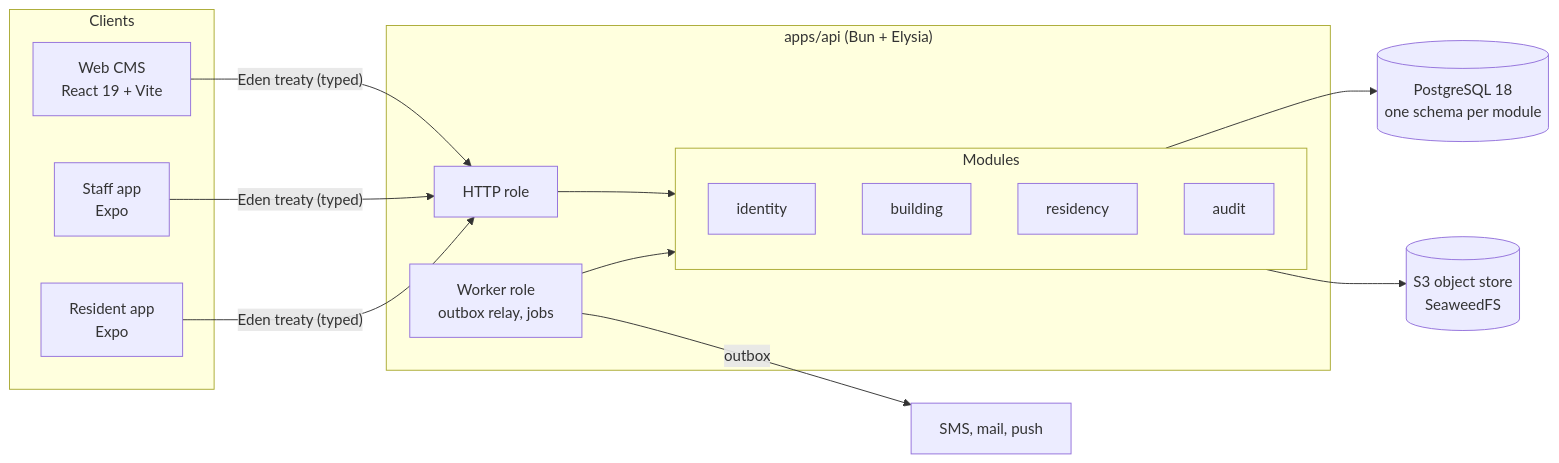
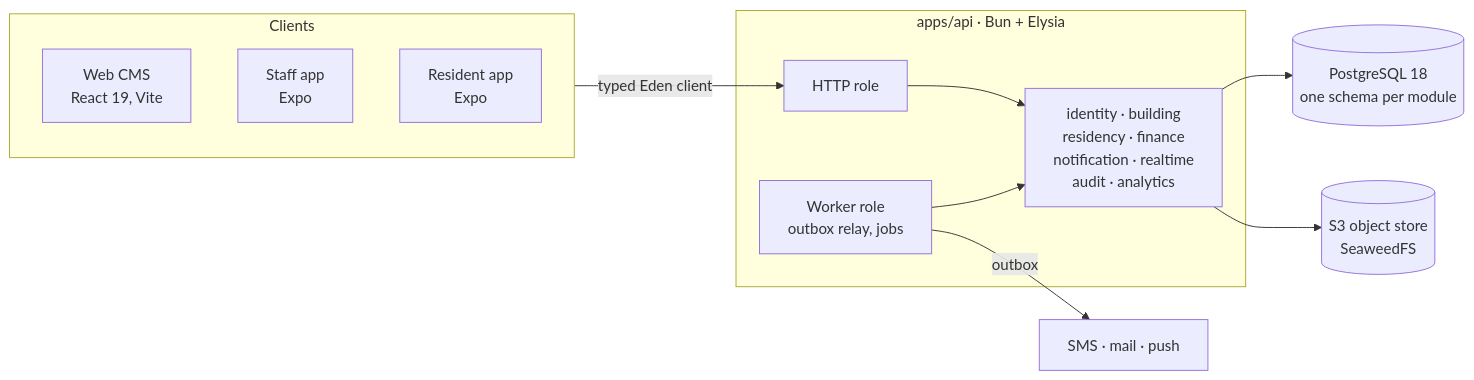
The diagram in README.md (ninggiangboy/residential-management-system), drawn with Mermaid before and after one commit. The commit also changed other lines of this file and 6 other files, not shown here.

````diff
--- a/README.md
+++ b/README.md
@@ -56,26 +181,19 @@
 ```mermaid
 flowchart LR
-  subgraph Clients
-    CMS[Web CMS<br/>React 19 + Vite]
-    STAFF[Staff app<br/>Expo]
-    RES[Resident app<br/>Expo]
+  subgraph clients["Clients"]
+    CMS["Web CMS<br/>React 19, Vite"]
+    STAFF["Staff app<br/>Expo"]
+    RES["Resident app<br/>Expo"]
   end
-
-  subgraph API["apps/api (Bun + Elysia)"]
-    HTTP[HTTP role]
-    WORKER[Worker role<br/>outbox relay, jobs]
-    subgraph Modules
-      M1[identity]
-      M2[building]
-      M3[residency]
-      M4[audit]
-    end
+  subgraph api["apps/api · Bun + Elysia"]
+    HTTP["HTTP role"]
+    WORKER["Worker role<br/>outbox relay, jobs"]
+    MODS["identity · building<br/>residency · finance<br/>notification · realtime<br/>audit · analytics"]
   end
-
-  CMS & STAFF & RES -- "Eden treaty (typed)" --> HTTP
-  HTTP --> Modules
-  WORKER --> Modules
-  Modules --> PG[(PostgreSQL 18<br/>one schema per module)]
-  Modules --> S3[(S3 object store<br/>SeaweedFS)]
-  WORKER -- outbox --> EXT[SMS, mail, push]
+  clients -->|"typed Eden client"| HTTP
+  HTTP --> MODS
+  WORKER --> MODS
+  MODS --> PG[("PostgreSQL 18<br/>one schema per module")]
+  MODS --> S3[("S3 object store<br/>SeaweedFS")]
+  WORKER -->|outbox| EXT["SMS · mail · push"]
 ```
````
